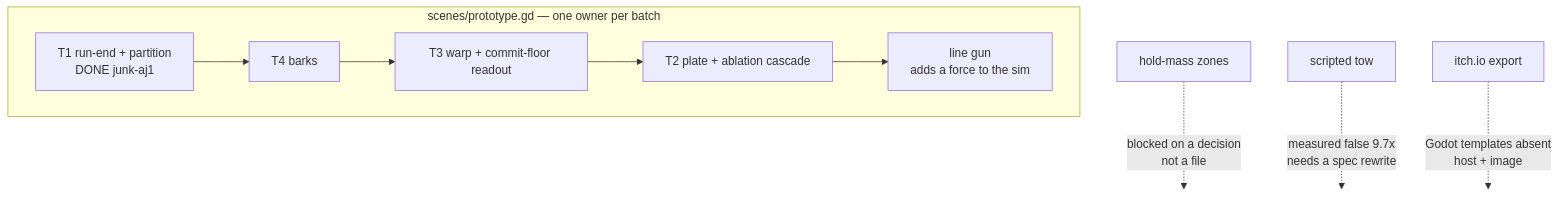
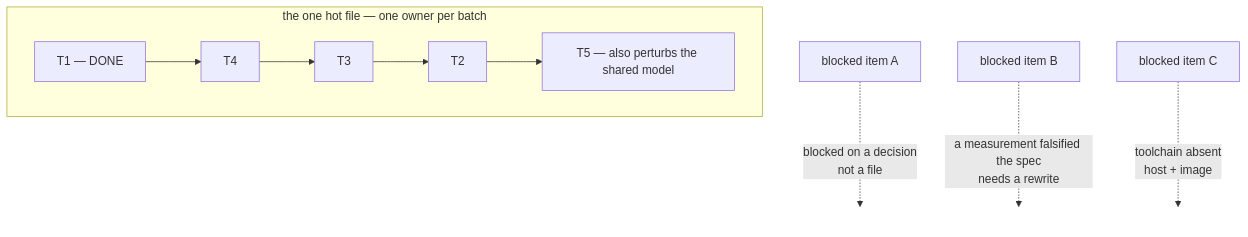
Before and after one commit to Chadleewalker/Multi-AgentPipelines: the first of 2 diagrams in docs/parallelism-graph-2026-07-31.md, drawn with Mermaid. The commit also changed other lines of this file and 8 other files, not shown here.

````diff
--- a/docs/parallelism-graph-2026-07-31.md
+++ b/docs/parallelism-graph-2026-07-31.md
@@ -20,15 +20,15 @@
 ```mermaid
 graph TD
-    subgraph "scenes/prototype.gd — one owner per batch"
-        T1["T1 run-end + partition<br/>DONE junk-aj1"] --> T4["T4 barks"]
-        T4 --> T3["T3 warp + commit-floor readout"]
-        T3 --> T2["T2 plate + ablation cascade"]
-        T2 --> LG["line gun<br/>adds a force to the sim"]
+    subgraph "the one hot file — one owner per batch"
+        T1["T1 — DONE"] --> T4["T4"]
+        T4 --> T3["T3"]
+        T3 --> T2["T2"]
+        T2 --> T5["T5 — also perturbs the shared model"]
     end
-    HM["hold-mass zones"] -.->|blocked on a decision<br/>not a file| X1[" "]
-    TOW["scripted tow"] -.->|measured false 9.7x<br/>needs a spec rewrite| X2[" "]
-    EXP["itch.io export"] -.->|Godot templates absent<br/>host + image| X3[" "]
+    B1["blocked item A"] -.->|blocked on a decision<br/>not a file| X1[" "]
+    B2["blocked item B"] -.->|a measurement falsified the spec<br/>needs a rewrite| X2[" "]
+    B3["blocked item C"] -.->|toolchain absent<br/>host + image| X3[" "]
     style X1 fill:none,stroke:none
     style X2 fill:none,stroke:none
     style X3 fill:none,stroke:none
 ```
````
